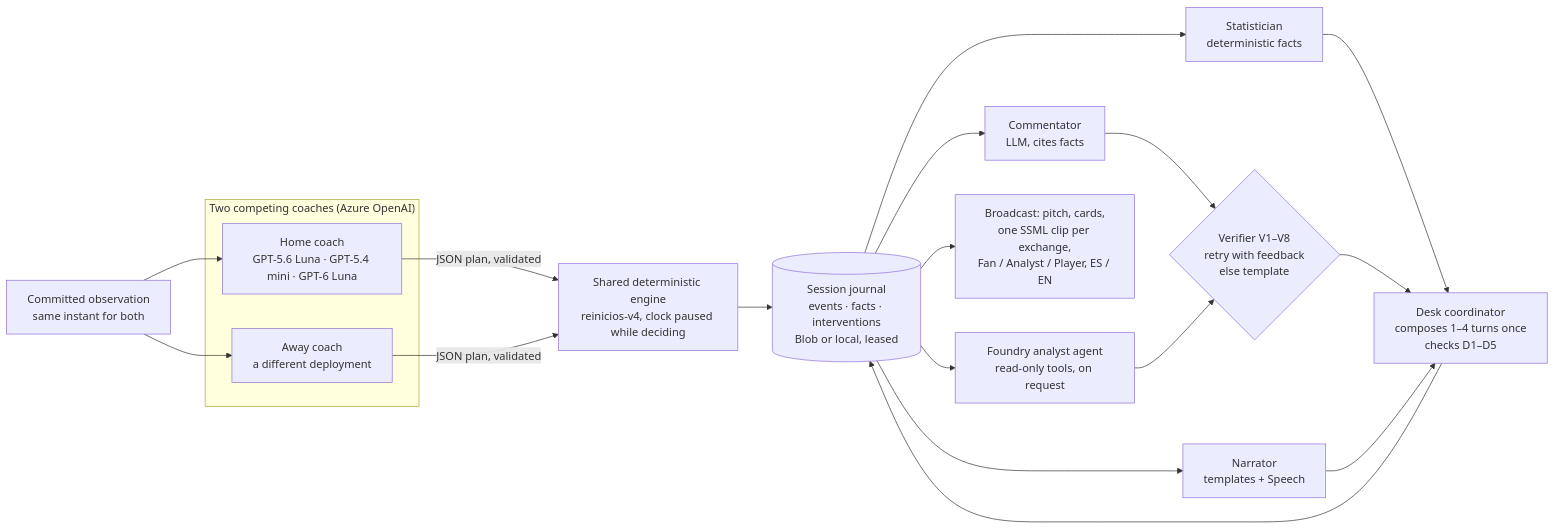
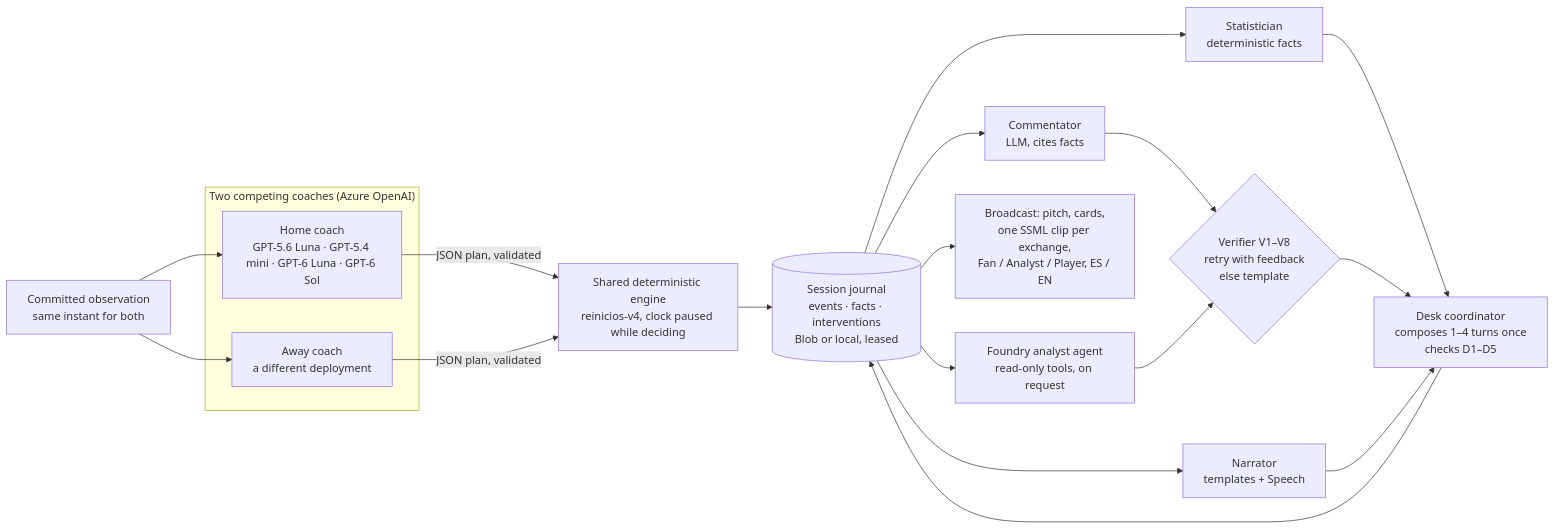
The diagram in README.md (calusaca/cronista), drawn with Mermaid before and after one commit. The commit also changed other lines of this file and 63 other files, not shown here.

First line of the commit message:
Add GPT-6 Sol to the arena catalogue; briefs 054 (cry variety) and 055 (football identity)

````diff
--- a/README.md
+++ b/README.md
@@ -43,23 +43,23 @@
 ```mermaid
 flowchart LR
     subgraph Coaches["Two competing coaches (Azure OpenAI)"]
-        H[Home coach<br/>GPT-5.6 Luna · GPT-5.4 mini · GPT-6 Luna] 
+        H[Home coach<br/>GPT-5.6 Luna · GPT-5.4 mini · GPT-6 Luna · GPT-6 Sol] 
         A[Away coach<br/>a different deployment]
     end
     OBS[Committed observation<br/>same instant for both] --> H
     OBS --> A
     H -- JSON plan, validated --> E
     A -- JSON plan, validated --> E
     E[Shared deterministic engine<br/>reinicios-v4, clock paused while deciding] --> J[(Session journal<br/>events · facts · interventions<br/>Blob or local, leased)]
     J --> N[Narrator<br/>templates + Speech]
     J --> S[Statistician<br/>deterministic facts]
     J --> C[Commentator<br/>LLM, cites facts]
     C --> V{Verifier V1–V8<br/>retry with feedback<br/>else template}
     S --> D
     V --> D[Desk coordinator<br/>composes 1–4 turns once<br/>checks D1–D5]
     N --> D
     D --> J
     J --> F[Foundry analyst agent<br/>read-only tools, on request]
     F --> V
     J --> UI[Broadcast: pitch, cards,<br/>one SSML clip per exchange,<br/>Fan / Analyst / Player, ES / EN]
 ```
````
